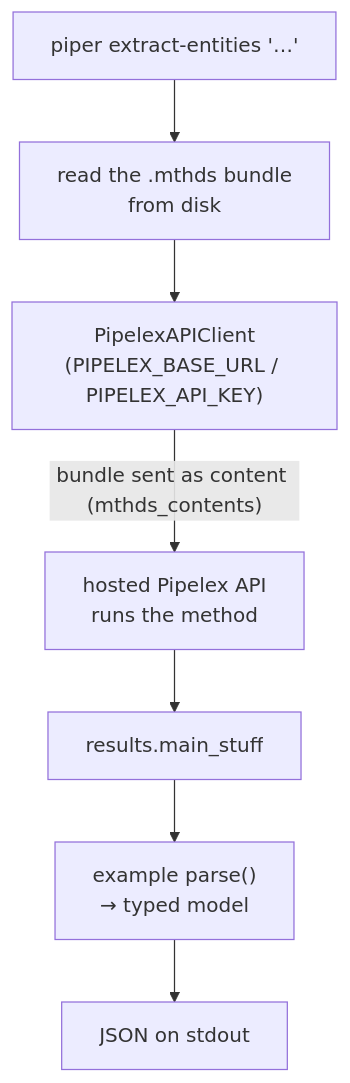
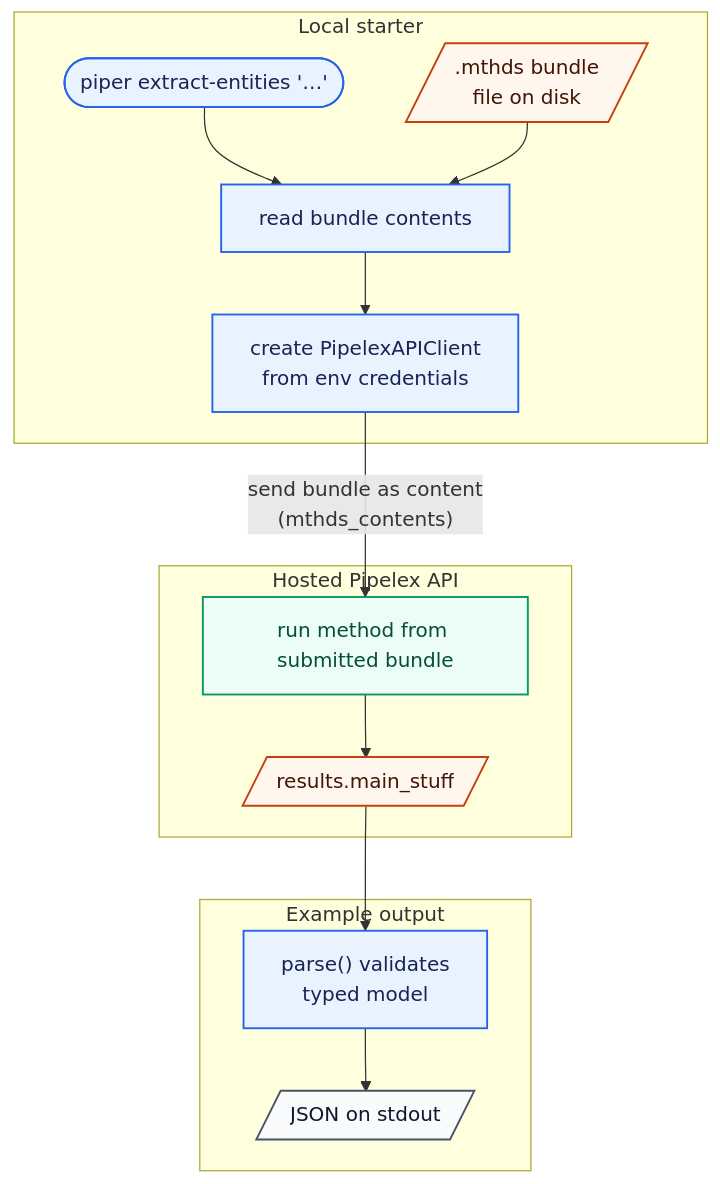
One commit to Pipelex/pipelex-starter-python changed the first of 2 diagrams in README.md. Above: the diagram before and after it, drawn with Mermaid.

Commit message:
docs(readme): improve flowchart readability

````diff
--- a/README.md
+++ b/README.md
@@ -117,9 +117,32 @@
 ```mermaid
 flowchart TD
-    A["piper extract-entities '…'"] --> B["read the .mthds bundle<br/>from disk"]
-    B --> C["PipelexAPIClient<br/>(PIPELEX_BASE_URL / PIPELEX_API_KEY)"]
-    C -->|"bundle sent as content (mthds_contents)"| D["hosted Pipelex API<br/>runs the method"]
-    D --> E["results.main_stuff"]
-    E --> F["example parse()<br/>→ typed model"]
-    F --> G["JSON on stdout"]
+    subgraph Local["Local starter"]
+        CLI(["piper extract-entities '…'"]):::operation
+        Bundle[/" .mthds bundle<br/>file on disk "/]:::data
+        Read["read bundle contents"]:::operation
+        Client["create PipelexAPIClient<br/>from env credentials"]:::operation
+    end
+
+    subgraph Hosted["Hosted Pipelex API"]
+        Run["run method from submitted bundle"]:::service
+        MainStuff[/" results.main_stuff "/]:::data
+    end
+
+    subgraph Output["Example output"]
+        Parse["parse() validates<br/>typed model"]:::operation
+        JSON[/" JSON on stdout "/]:::terminal
+    end
+
+    CLI --> Read
+    Bundle --> Read
+    Read --> Client
+    Client -->|"send bundle as content<br/>(mthds_contents)"| Run
+    Run --> MainStuff
+    MainStuff --> Parse
+    Parse --> JSON
+
+    classDef operation fill:#e8f3ff,stroke:#2563eb,stroke-width:1.5px,color:#172554
+    classDef data fill:#fff7ed,stroke:#c2410c,stroke-width:1.5px,color:#431407
+    classDef service fill:#ecfdf5,stroke:#059669,stroke-width:1.5px,color:#064e3b
+    classDef terminal fill:#f8fafc,stroke:#475569,stroke-width:1.5px,color:#0f172a
 ```
````
